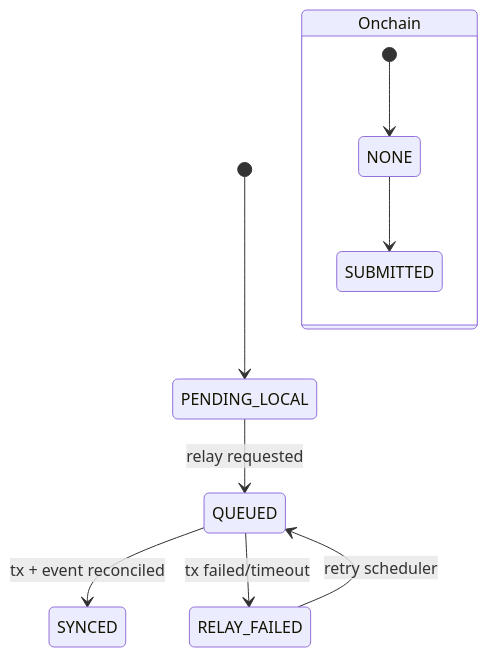
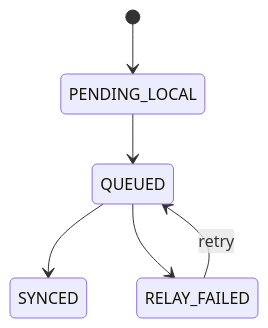
The second of 2 diagrams in docs/index.md (sifix-ai/sifix-docs), drawn with Mermaid before and after one commit. The commit also changed other lines of this file, not shown here.

````diff
--- a/docs/index.md
+++ b/docs/index.md
@@ -57,13 +58,8 @@
 ```mermaid
 stateDiagram-v2
   [*] --> PENDING_LOCAL
-  PENDING_LOCAL --> QUEUED: relay requested
-  QUEUED --> SYNCED: tx + event reconciled
-  QUEUED --> RELAY_FAILED: tx failed/timeout
-  RELAY_FAILED --> QUEUED: retry scheduler
-
-  state "Onchain" as O {
-    [*] --> NONE
-    NONE --> SUBMITTED
-  }
+  PENDING_LOCAL --> QUEUED
+  QUEUED --> SYNCED
+  QUEUED --> RELAY_FAILED
+  RELAY_FAILED --> QUEUED: retry
 ```
````
